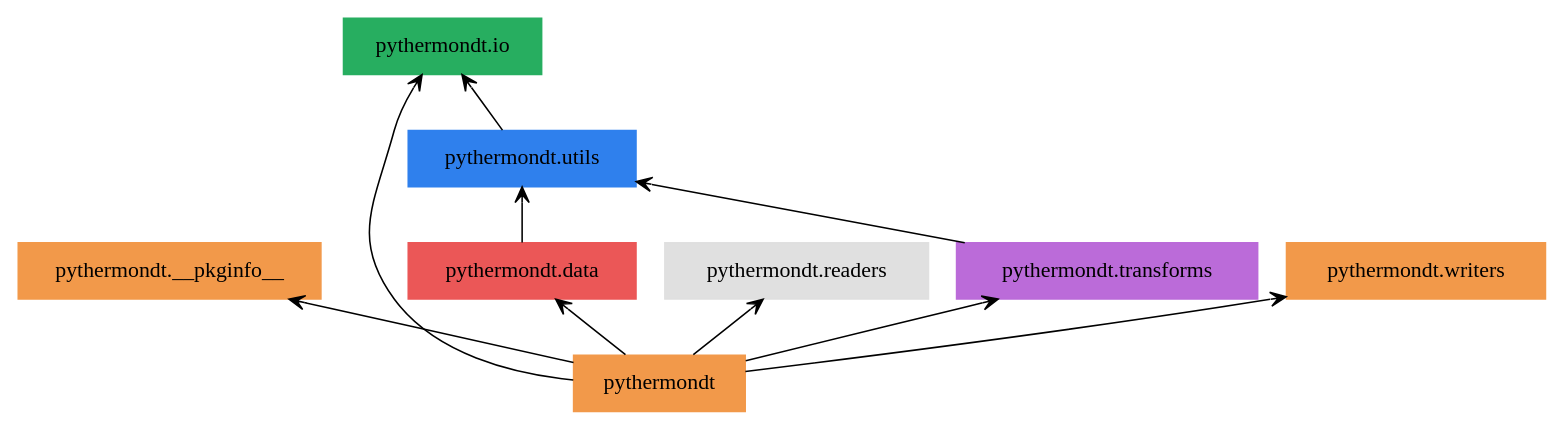
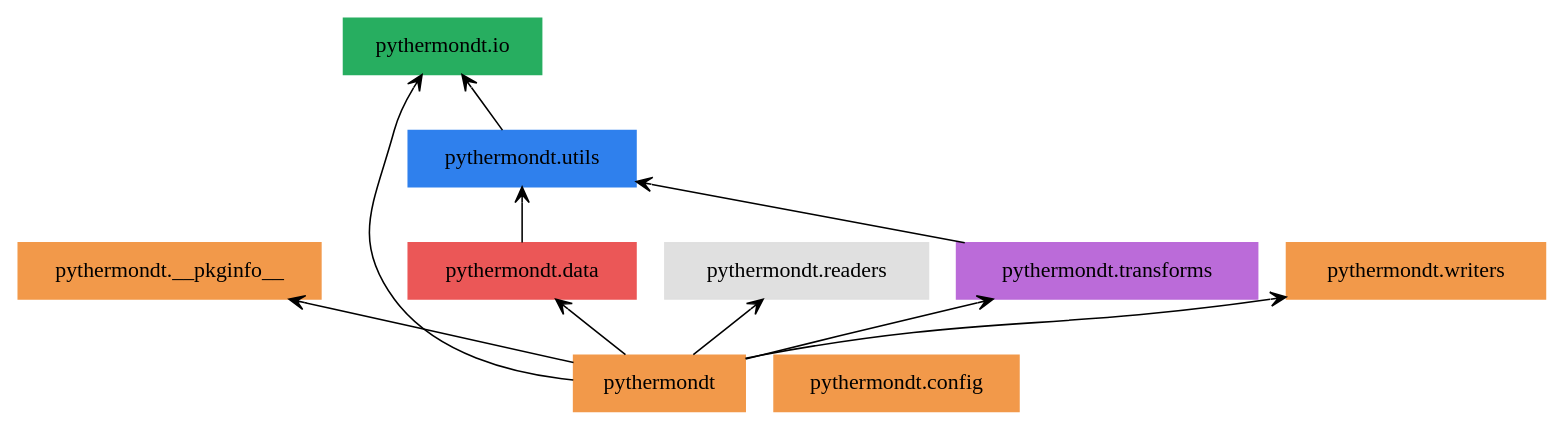
The diagram in docs/pyreverse/graphviz/packages_Overview.gv (voidsy-gmbh/pyThermoNDT), drawn with Graphviz before and after one commit. The commit also changed 18 other files, not shown here.

```diff
--- a/docs/pyreverse/graphviz/packages_Overview.gv
+++ b/docs/pyreverse/graphviz/packages_Overview.gv
@@ -1,21 +1,22 @@
 digraph "packages_Overview" {
 rankdir=BT
 charset="utf-8"
 "pythermondt" [color="#F2994A", label=<pythermondt>, shape="box", style="filled"];
 "pythermondt.__pkginfo__" [color="#F2994A", label=<pythermondt.__pkginfo__>, shape="box", style="filled"];
+"pythermondt.config" [color="#F2994A", label=<pythermondt.config>, shape="box", style="filled"];
 "pythermondt.data" [color="#EB5757", label=<pythermondt.data>, shape="box", style="filled"];
 "pythermondt.io" [color="#27AE60", label=<pythermondt.io>, shape="box", style="filled"];
 "pythermondt.readers" [color="#E0E0E0", label=<pythermondt.readers>, shape="box", style="filled"];
 "pythermondt.transforms" [color="#BB6BD9", label=<pythermondt.transforms>, shape="box", style="filled"];
 "pythermondt.utils" [color="#2F80ED", label=<pythermondt.utils>, shape="box", style="filled"];
 "pythermondt.writers" [color="#F2994A", label=<pythermondt.writers>, shape="box", style="filled"];
 "pythermondt" -> "pythermondt.__pkginfo__" [arrowhead="open", arrowtail="none"];
 "pythermondt" -> "pythermondt.data" [arrowhead="open", arrowtail="none"];
 "pythermondt" -> "pythermondt.io" [arrowhead="open", arrowtail="none"];
 "pythermondt" -> "pythermondt.readers" [arrowhead="open", arrowtail="none"];
 "pythermondt" -> "pythermondt.transforms" [arrowhead="open", arrowtail="none"];
 "pythermondt" -> "pythermondt.writers" [arrowhead="open", arrowtail="none"];
 "pythermondt.data" -> "pythermondt.utils" [arrowhead="open", arrowtail="none"];
 "pythermondt.transforms" -> "pythermondt.utils" [arrowhead="open", arrowtail="none"];
 "pythermondt.utils" -> "pythermondt.io" [arrowhead="open", arrowtail="none"];
 }
```
